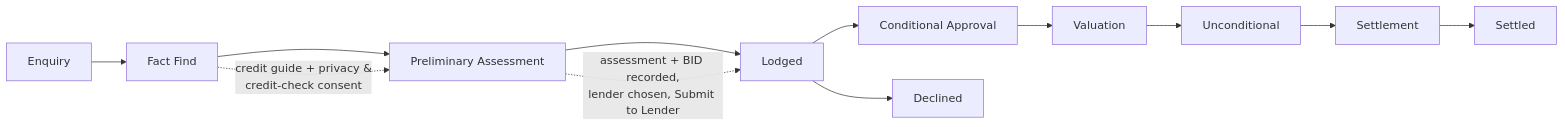
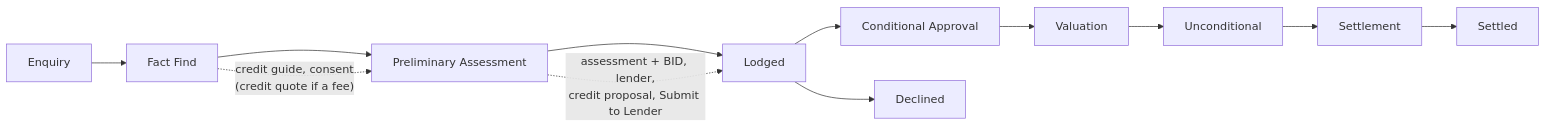
Before and after one commit to SatwikNarangSegueIT/CRM-Migration-agent: the fifth of 5 diagrams in docs/domain-workflows.md, drawn with Mermaid. The commit also changed other lines of this file and 33 other files, not shown here.

````diff
--- a/docs/domain-workflows.md
+++ b/docs/domain-workflows.md
@@ -327,7 +395,7 @@
 ```mermaid
 flowchart LR
   E[Enquiry] --> FF[Fact Find] --> PA[Preliminary Assessment] --> L[Lodged] --> CA[Conditional Approval] --> V[Valuation] --> U[Unconditional] --> S[Settlement] --> ST[Settled]
-  FF -. "credit guide + privacy &<br/>credit-check consent" .-> PA
-  PA -. "assessment + BID recorded,<br/>lender chosen, Submit to Lender" .-> L
+  FF -. "credit guide, consent<br/>(credit quote if a fee)" .-> PA
+  PA -. "assessment + BID, lender,<br/>credit proposal, Submit to Lender" .-> L
   L --> DN[Declined]
 ```
````
